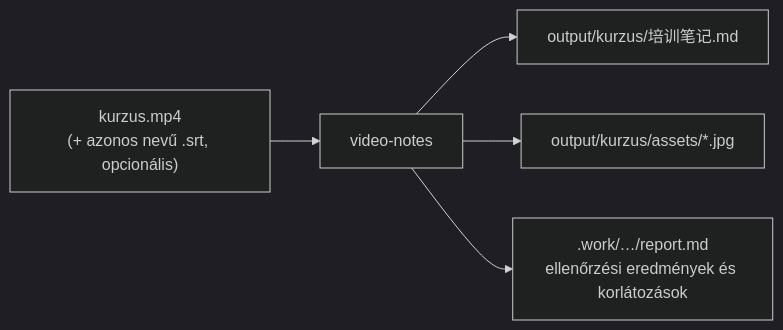
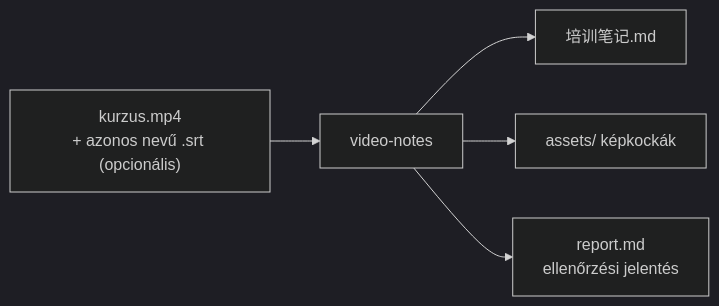
The first of 7 diagrams in README.hu.md (songyang8964/video-notes), drawn with Mermaid (dark theme) before and after one commit. The commit also changed other lines of this file and 2 other files, not shown here.

Commit message:
README: usage first, short diagram labels, timeline as a table

````diff
--- a/README.hu.md
+++ b/README.hu.md
@@ -30,7 +30,7 @@
 ```mermaid
 flowchart LR
-    A["kurzus.mp4<br/>(+ azonos nevű .srt, opcionális)"] --> B["video-notes"]
-    B --> C["output/kurzus/培训笔记.md"]
-    B --> D["output/kurzus/assets/*.jpg"]
-    B --> E[".work/…/report.md<br/>ellenőrzési eredmények és korlátozások"]
+    A["kurzus.mp4<br/>+ azonos nevű .srt (opcionális)"] --> B["video-notes"]
+    B --> C["培训笔记.md"]
+    B --> D["assets/ képkockák"]
+    B --> E["report.md<br/>ellenőrzési jelentés"]
 ```
````
